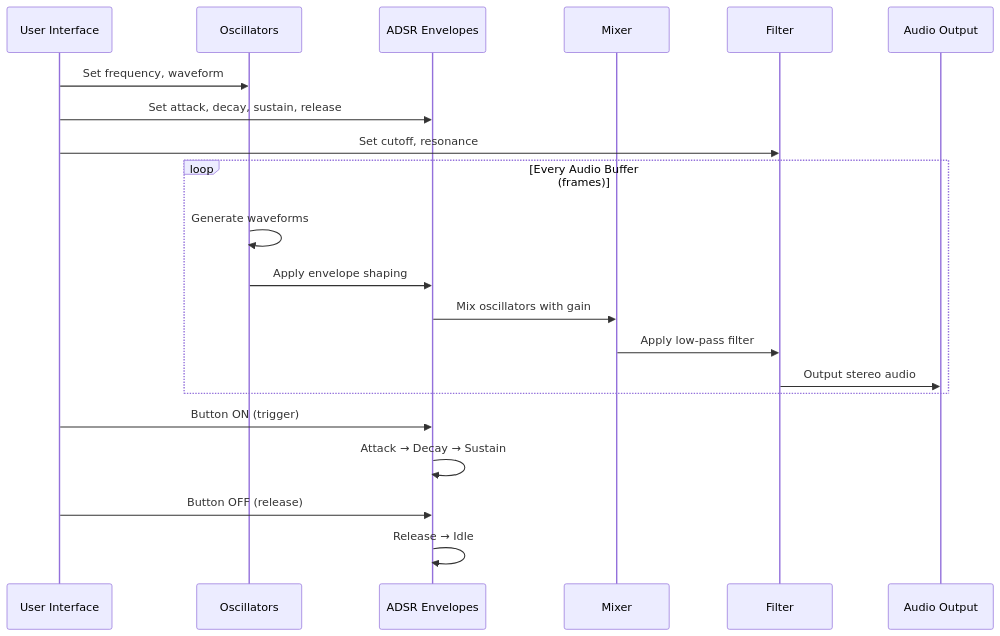
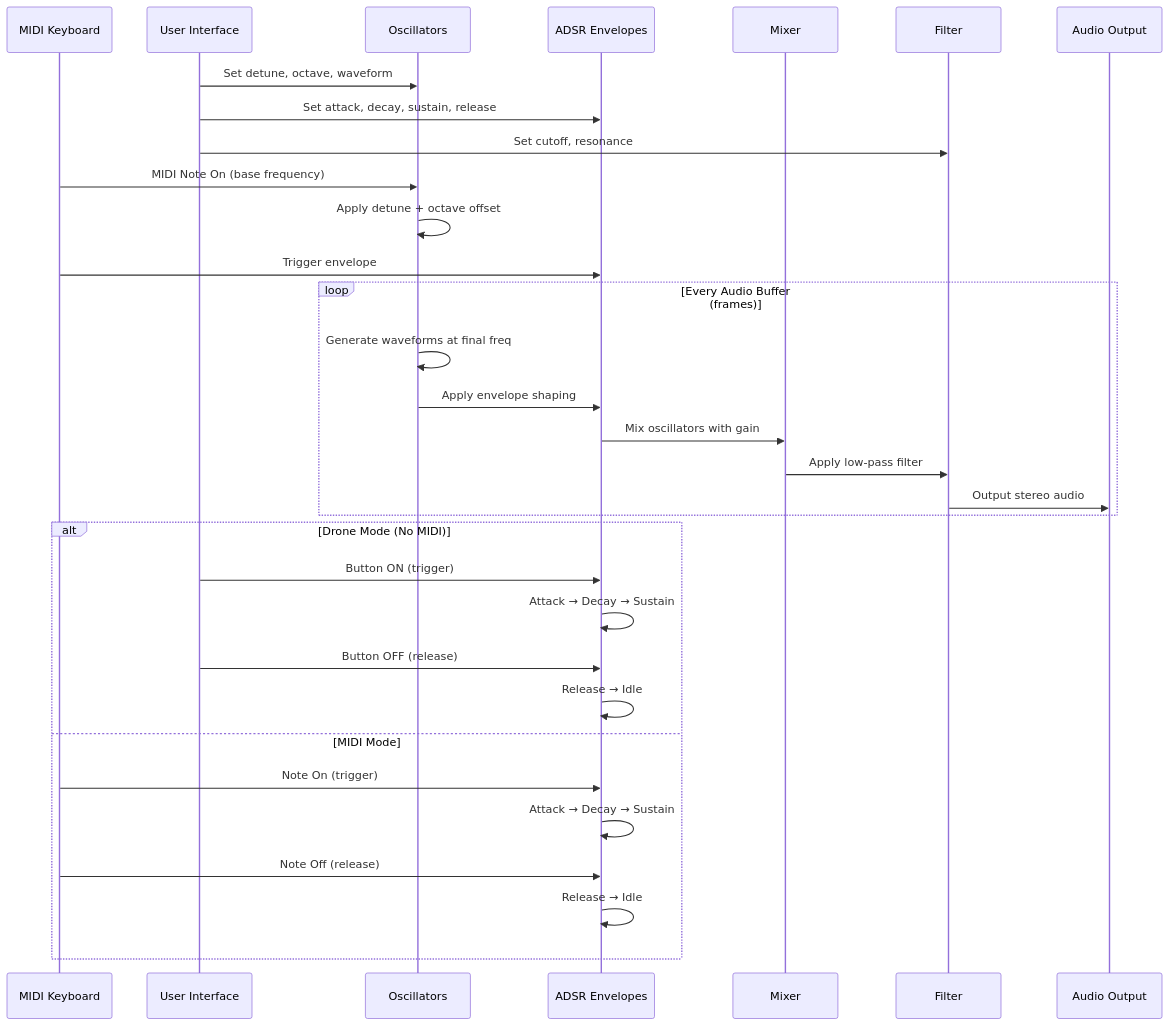
One commit to clemgoub/TripleOscillator changed the third of 3 diagrams in README.md. Above: the diagram before and after it, drawn with Mermaid. The commit also changed other lines of this file and 1 other file, not shown here.

First line of the commit message:
Add octave switches for each oscillator (+/- 3 octaves)

````diff
--- a/README.md
+++ b/README.md
@@ -165,26 +187,38 @@
 ```mermaid
 sequenceDiagram
+    participant MIDI as MIDI Keyboard
     participant UI as User Interface
     participant OSC as Oscillators
     participant ENV as ADSR Envelopes
     participant MIX as Mixer
     participant FILT as Filter
     participant OUT as Audio Output
 
-    UI->>OSC: Set frequency, waveform
+    UI->>OSC: Set detune, octave, waveform
     UI->>ENV: Set attack, decay, sustain, release
     UI->>FILT: Set cutoff, resonance
 
+    MIDI->>OSC: MIDI Note On (base frequency)
+    OSC->>OSC: Apply detune + octave offset
+    MIDI->>ENV: Trigger envelope
+
     loop Every Audio Buffer (frames)
-        OSC->>OSC: Generate waveforms
+        OSC->>OSC: Generate waveforms at final freq
         OSC->>ENV: Apply envelope shaping
         ENV->>MIX: Mix oscillators with gain
         MIX->>FILT: Apply low-pass filter
         FILT->>OUT: Output stereo audio
     end
 
-    UI->>ENV: Button ON (trigger)
-    ENV->>ENV: Attack → Decay → Sustain
-    UI->>ENV: Button OFF (release)
-    ENV->>ENV: Release → Idle
+    alt Drone Mode (No MIDI)
+        UI->>ENV: Button ON (trigger)
+        ENV->>ENV: Attack → Decay → Sustain
+        UI->>ENV: Button OFF (release)
+        ENV->>ENV: Release → Idle
+    else MIDI Mode
+        MIDI->>ENV: Note On (trigger)
+        ENV->>ENV: Attack → Decay → Sustain
+        MIDI->>ENV: Note Off (release)
+        ENV->>ENV: Release → Idle
+    end
 ```
````
